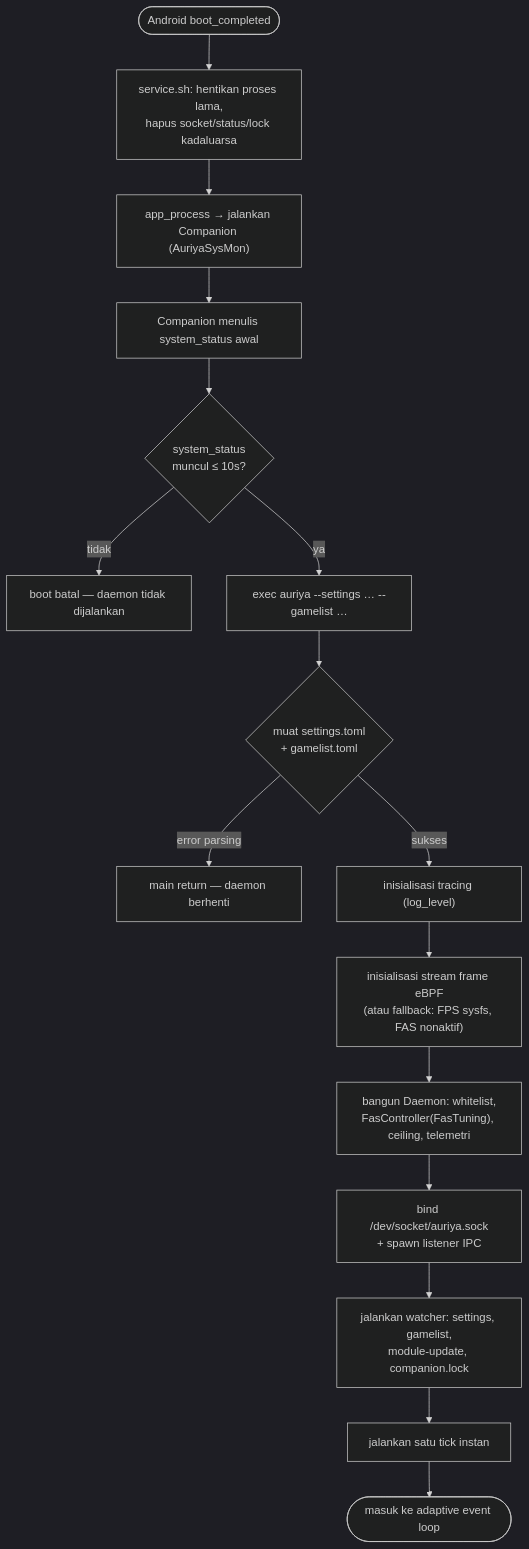
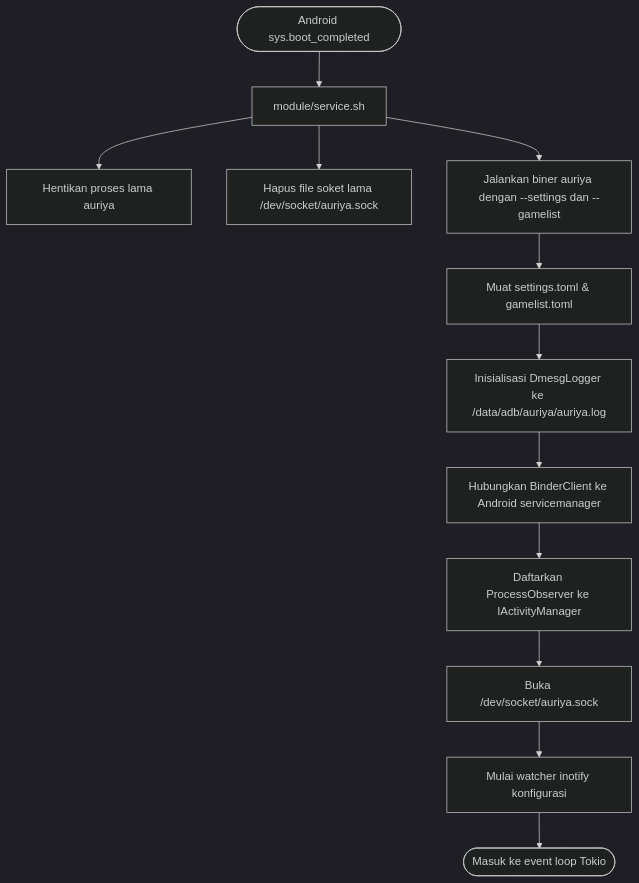
One commit to pavelc4/auriya-wiki changed the second of 2 diagrams in src/content/docs/id/architecture/data-flow.md. Above: the diagram before and after it, drawn with Mermaid (dark theme). The commit also changed other lines of this file and 42 other files, not shown here.

Commit message:
docs: overhaul architecture documentation for v2.2.0 Native Binder IPC

````diff
--- a/src/content/docs/id/architecture/data-flow.md
+++ b/src/content/docs/id/architecture/data-flow.md
@@ -44,18 +56,15 @@
 ```mermaid
 flowchart TD
-    boot([Android boot_completed]) --> svc["service.sh: hentikan proses lama,<br/>hapus socket/status/lock kadaluarsa"]
-    svc --> comp["app_process → jalankan Companion (AuriyaSysMon)"]
-    comp --> cw["Companion menulis system_status awal"]
-    cw --> wait{"system_status<br/>muncul ≤ 10s?"}
-    wait -->|tidak| fail1["boot batal — daemon tidak dijalankan"]
-    wait -->|ya| exec["exec auriya --settings … --gamelist …"]
-    exec --> load{"muat settings.toml<br/>+ gamelist.toml"}
-    load -->|error parsing| fail2["main return — daemon berhenti"]
-    load -->|sukses| trace["inisialisasi tracing (log_level)"]
-    trace --> ebpf["inisialisasi stream frame eBPF<br/>(atau fallback: FPS sysfs, FAS nonaktif)"]
-    ebpf --> build["bangun Daemon: whitelist,<br/>FasController(FasTuning), ceiling, telemetri"]
-    build --> bind["bind /dev/socket/auriya.sock<br/>+ spawn listener IPC"]
-    bind --> watch["jalankan watcher: settings, gamelist,<br/>module-update, companion.lock"]
-    watch --> tick0["jalankan satu tick instan"]
-    tick0 --> loop([masuk ke adaptive event loop])
+    boot([Android sys.boot_completed]) --> svc["module/service.sh"]
+    svc --> c1["Hentikan proses lama auriya"]
+    svc --> c2["Hapus file soket lama /dev/socket/auriya.sock"]
+    svc --> c3["Jalankan biner auriya dengan --settings dan --gamelist"]
+
+    c3 --> d1["Muat settings.toml & gamelist.toml"]
+    d1 --> d2["Inisialisasi DmesgLogger ke /data/adb/auriya/auriya.log"]
+    d2 --> d3["Hubungkan BinderClient ke Android servicemanager"]
+    d3 --> d4["Daftarkan ProcessObserver ke IActivityManager"]
+    d4 --> d5["Buka /dev/socket/auriya.sock"]
+    d5 --> d6["Mulai watcher inotify konfigurasi"]
+    d6 --> loop([Masuk ke event loop Tokio])
 ```
````
